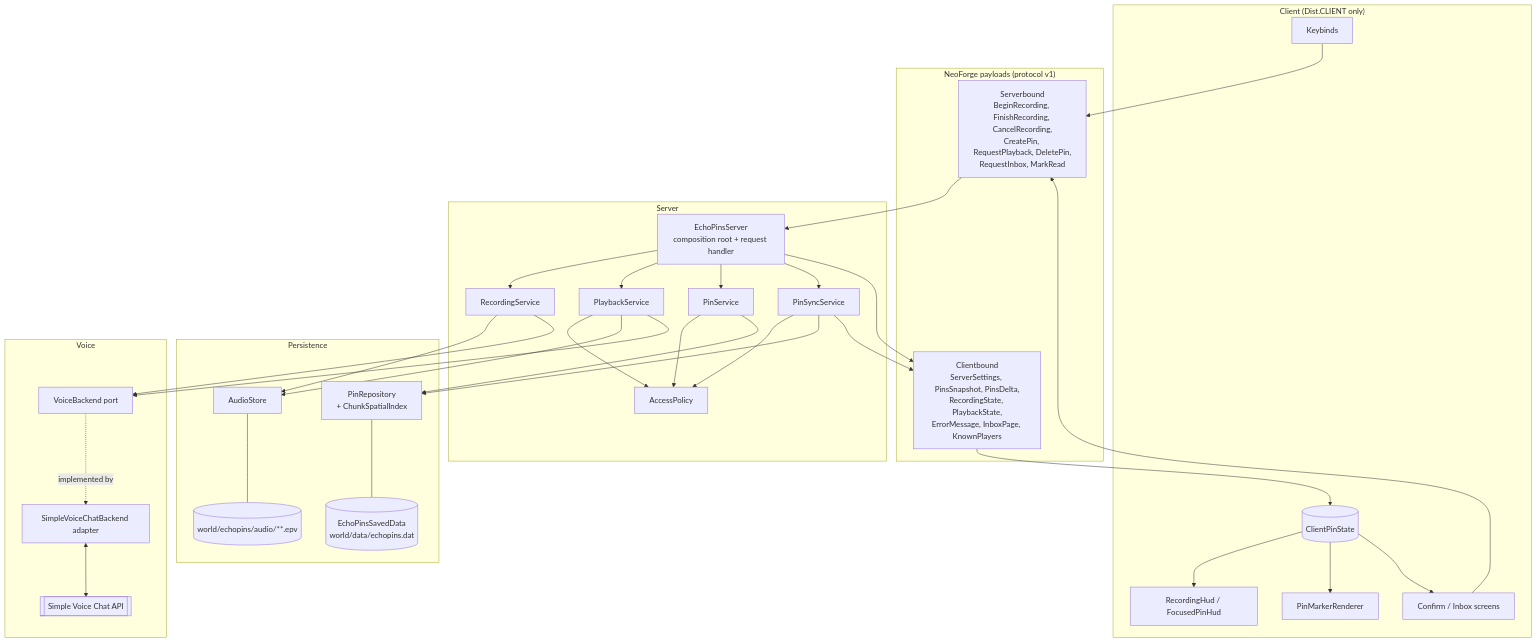
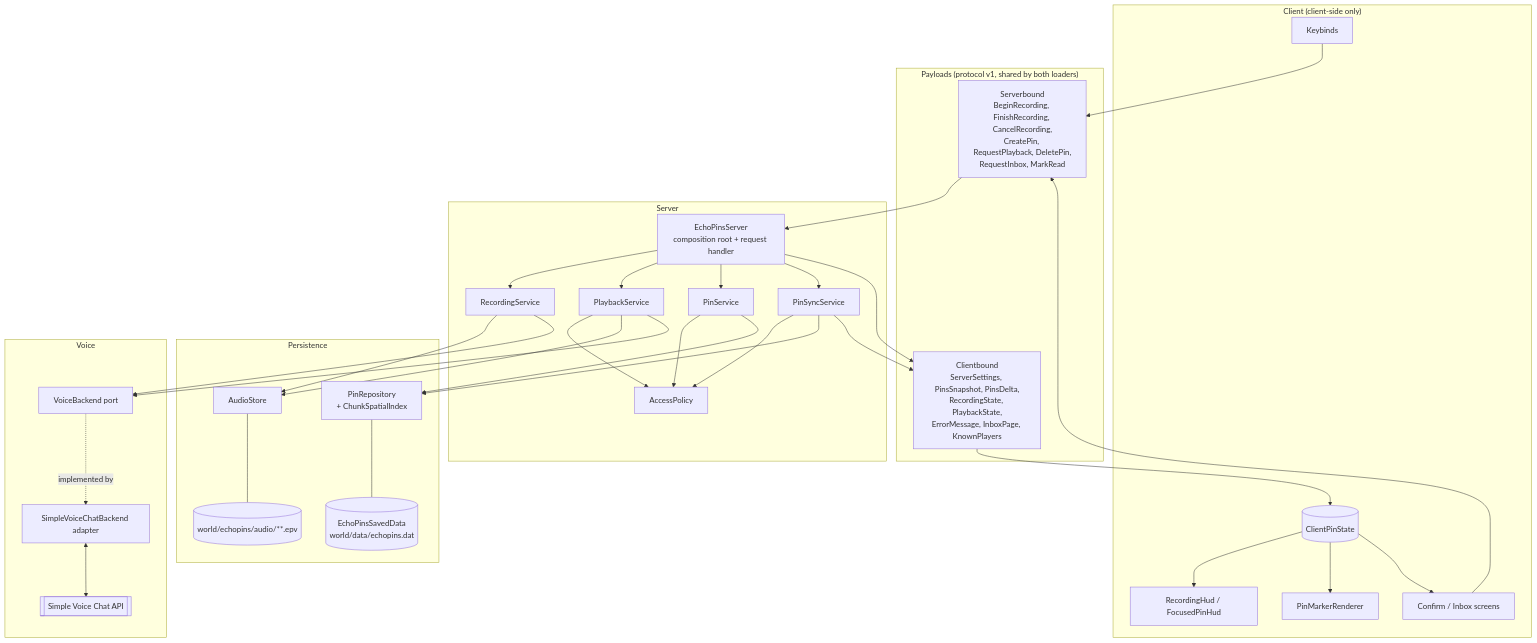
Before and after one commit to DarkJest/echopins: the first of 4 diagrams in docs/ARCHITECTURE.md, drawn with Mermaid. The commit also changed other lines of this file and 34 other files, not shown here.

````diff
--- a/docs/ARCHITECTURE.md
+++ b/docs/ARCHITECTURE.md
@@ -83,59 +82,59 @@
 ```mermaid
 flowchart TB
-    subgraph Client["Client (Dist.CLIENT only)"]
+    subgraph Client["Client (client-side only)"]
         KB[Keybinds]
         HUD[RecordingHud / FocusedPinHud]
         REN[PinMarkerRenderer]
         SCR[Confirm / Inbox screens]
         CS[(ClientPinState)]
     end
 
-    subgraph Net["NeoForge payloads (protocol v1)"]
+    subgraph Net["Payloads (protocol v1, shared by both loaders)"]
         SB[Serverbound<br/>BeginRecording, FinishRecording, CancelRecording,<br/>CreatePin, RequestPlayback, DeletePin,<br/>RequestInbox, MarkRead]
         CB[Clientbound<br/>ServerSettings, PinsSnapshot, PinsDelta,<br/>RecordingState, PlaybackState,<br/>ErrorMessage, InboxPage, KnownPlayers]
     end
 
     subgraph Server["Server"]
         ROOT[EchoPinsServer<br/>composition root + request handler]
         RS[RecordingService]
         PS[PlaybackService]
         PIN[PinService]
         SYNC[PinSyncService]
         ACL[AccessPolicy]
     end
 
     subgraph Store["Persistence"]
         REPO[PinRepository<br/>+ ChunkSpatialIndex]
         SD[(EchoPinsSavedData<br/>world/data/echopins.dat)]
         AS[AudioStore]
         FS[(world/echopins/audio/**.epv)]
     end
 
     subgraph Voice["Voice"]
         VB[VoiceBackend port]
         SVC[SimpleVoiceChatBackend adapter]
         API[[Simple Voice Chat API]]
     end
 
     KB --> SB
     SCR --> SB
     SB --> ROOT
     ROOT --> RS & PS & PIN & SYNC
     PIN --> ACL
     PS --> ACL
     SYNC --> ACL
     PIN --> REPO
     SYNC --> REPO
     REPO --- SD
     RS --> AS
     PS --> AS
     AS --- FS
     RS --> VB
     PS --> VB
     VB -.implemented by.-> SVC
     SVC <--> API
     ROOT --> CB
     SYNC --> CB
     CB --> CS
     CS --> HUD & REN & SCR
 ```
````
